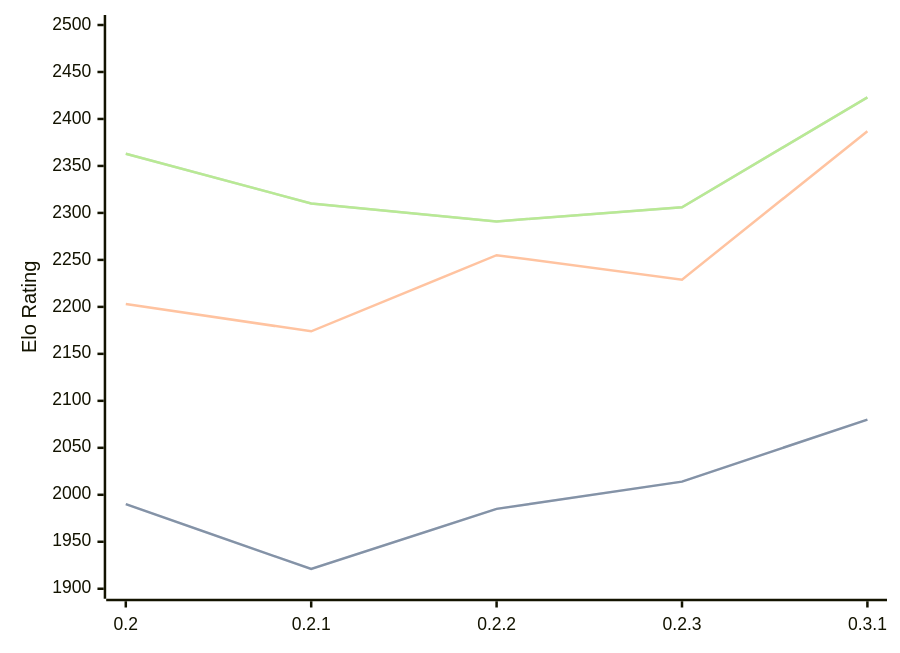
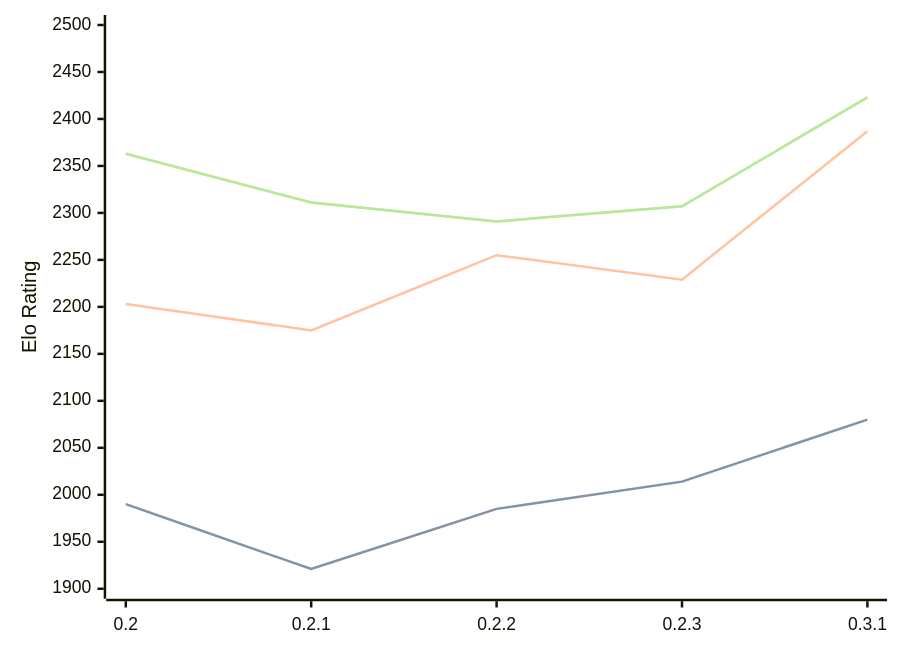
The first of 3 diagrams in engines/Lolbot.md (computer-chess-index/cci), drawn with Mermaid before and after one commit. The commit also changed other lines of this file, not shown here.

Commit message:
Update CCI Ratings (ELO VLTC) - 2026-06-23

````diff
--- a/engines/Lolbot.md
+++ b/engines/Lolbot.md
@@ -36,11 +36,11 @@
 ```mermaid
 %%{init: {"theme":"base","themeVariables":{"seriesColors:['#a3a3a3','#222221','#faa371']}}}%%
 xychart-beta
   x-axis ["0.2", "0.2.1", "0.2.2", "0.2.3", "0.3.1"]
   y-axis "Elo Rating" 1900 --> 2500
   line "STC (8.0+0.08s)" [1990, 1921, 1985, 2014, 2080]
   line "STC (8.0+0.08s)" [1990, 1921, 1985, 2014, 2080]
-  line "LTC (60.0+0.60s)" [2203, 2174, 2255, 2229, 2387]
-  line "VLTC (2m24s+1.12s)" [2363, 2310, 2291, 2306, 2423]
-  line "VLTC (2m24s+1.12s)" [2363, 2310, 2291, 2306, 2423]
+  line "LTC (60.0+0.60s)" [2203, 2175, 2255, 2229, 2387]
+  line "VLTC (2m24s+1.12s)" [2363, 2311, 2291, 2307, 2423]
+  line "VLTC (2m24s+1.12s)" [2363, 2311, 2291, 2307, 2423]
 ```
````
